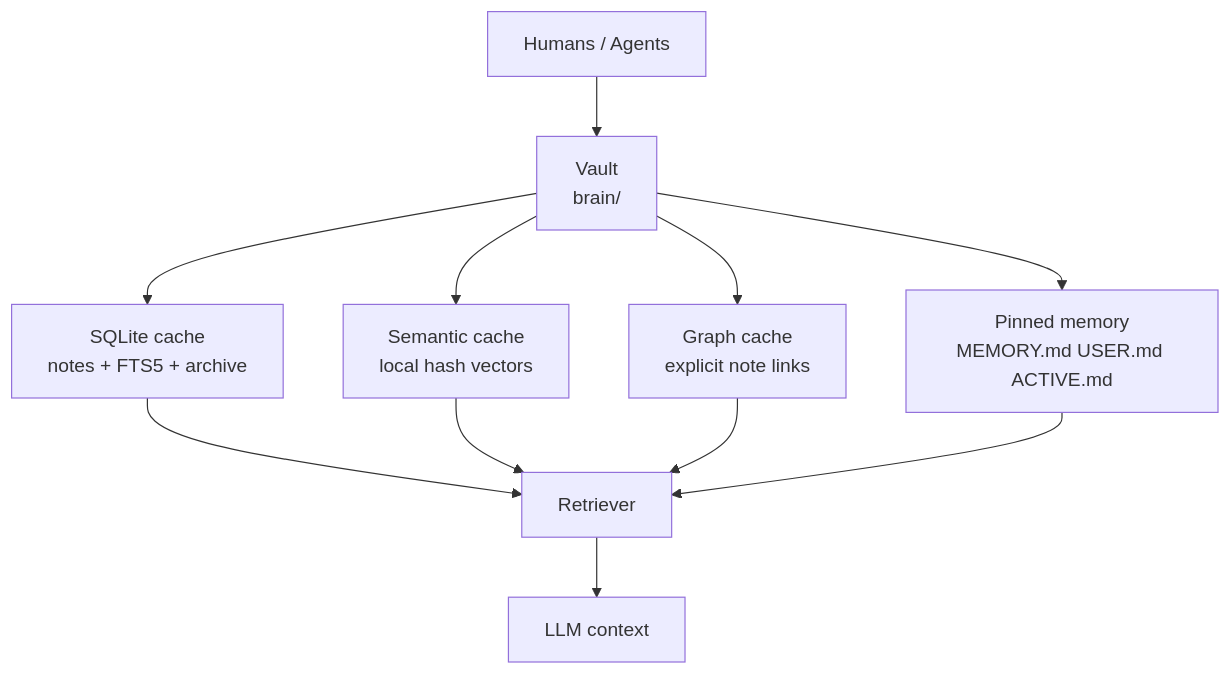
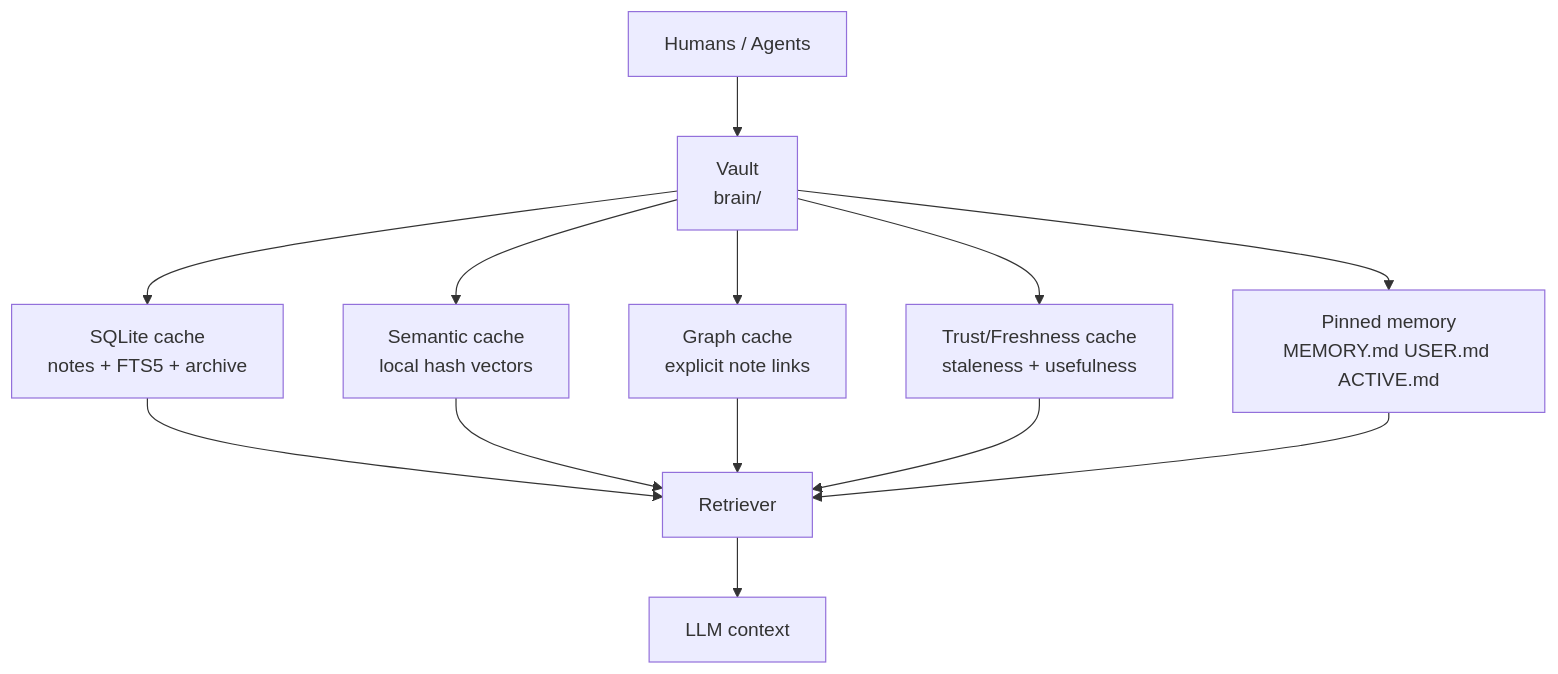
One commit to Jianyu010/MnemonicOS changed the first of 9 diagrams in README.md. Above: the diagram before and after it, drawn with Mermaid. The commit also changed other lines of this file and 12 other files, not shown here.

Commit message:
feat: add phase 4 trust and freshness

````diff
--- a/README.md
+++ b/README.md
@@ -9,13 +9,15 @@
 ```mermaid
 flowchart TD
     A["Humans / Agents"] --> B["Vault<br/>brain/"]
     B --> C["SQLite cache<br/>notes + FTS5 + archive"]
     B --> D["Semantic cache<br/>local hash vectors"]
     B --> H["Graph cache<br/>explicit note links"]
+    B --> T["Trust/Freshness cache<br/>staleness + usefulness"]
     C --> E["Retriever"]
     D --> E
     H --> E
+    T --> E
     B --> F["Pinned memory<br/>MEMORY.md USER.md ACTIVE.md"]
     F --> E
     E --> G["LLM context"]
 ```
````
